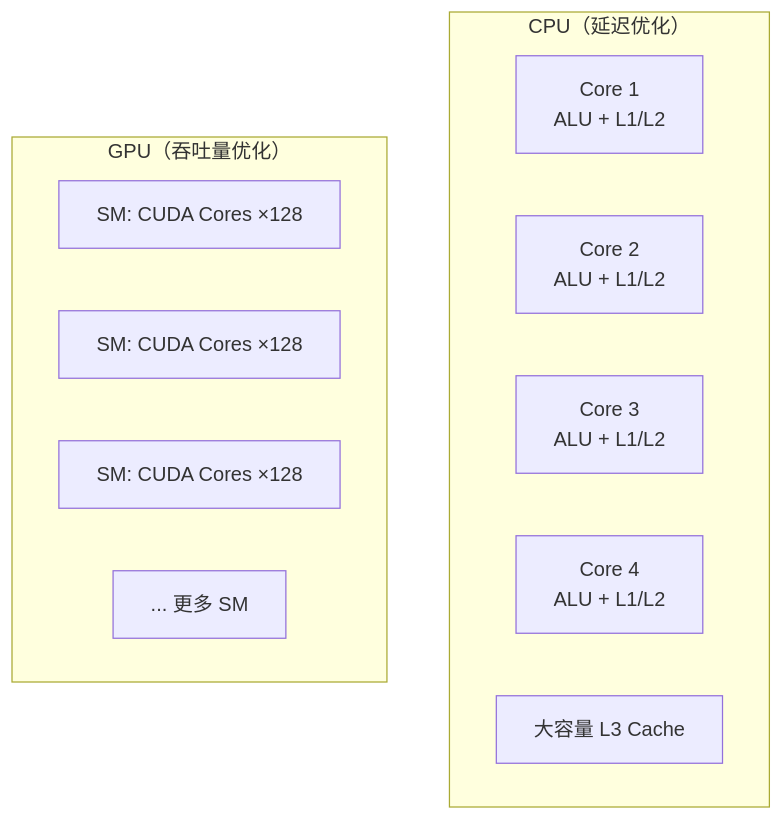
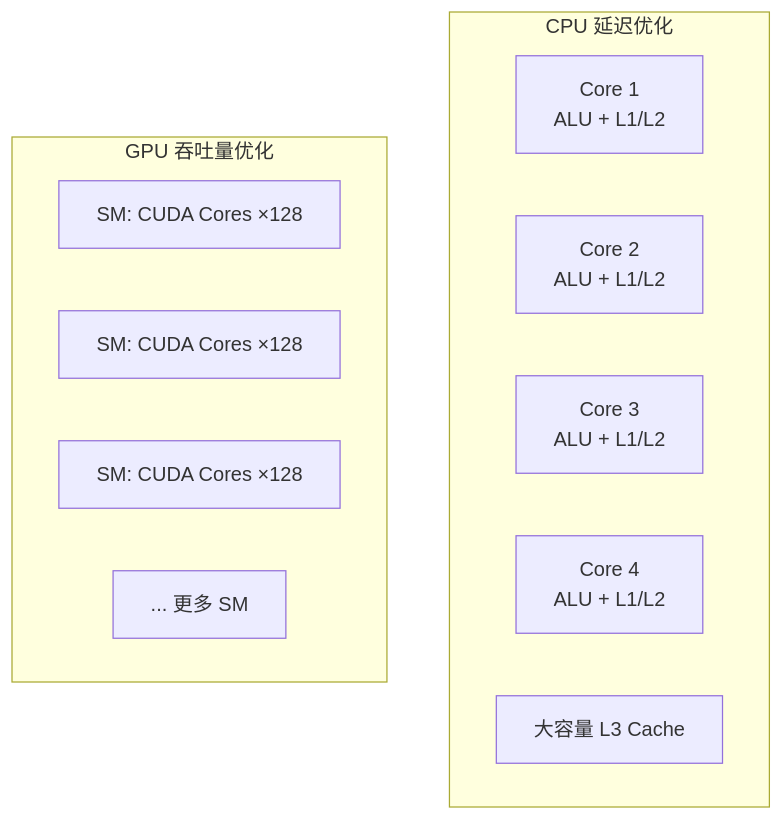
Before and after one commit to jpixy/jpixy.github.io: the first of 3 diagrams in content/articles/ai/ai-21-CUDA入门与GPU编程基础.md, drawn with Mermaid. The commit also changed other lines of this file and 66 other files, not shown here.

Commit message:
fix: resolve Mermaid syntax errors by removing parentheses in node labels

````diff
--- a/content/articles/ai/ai-21-CUDA入门与GPU编程基础.md
+++ b/content/articles/ai/ai-21-CUDA入门与GPU编程基础.md
@@ -46,17 +46,17 @@
 ```mermaid
 graph TB
-    subgraph CPU["CPU（延迟优化）"]
+    subgraph CPU["CPU 延迟优化"]
         C1["Core 1<br/>ALU + L1/L2"]
         C2["Core 2<br/>ALU + L1/L2"]
         C3["Core 3<br/>ALU + L1/L2"]
         C4["Core 4<br/>ALU + L1/L2"]
         L3["大容量 L3 Cache"]
     end
     
-    subgraph GPU["GPU（吞吐量优化）"]
+    subgraph GPU["GPU 吞吐量优化"]
         SM1["SM: CUDA Cores ×128"]
         SM2["SM: CUDA Cores ×128"]
         SM3["SM: CUDA Cores ×128"]
         SMN["... 更多 SM"]
     end
 ```
````
